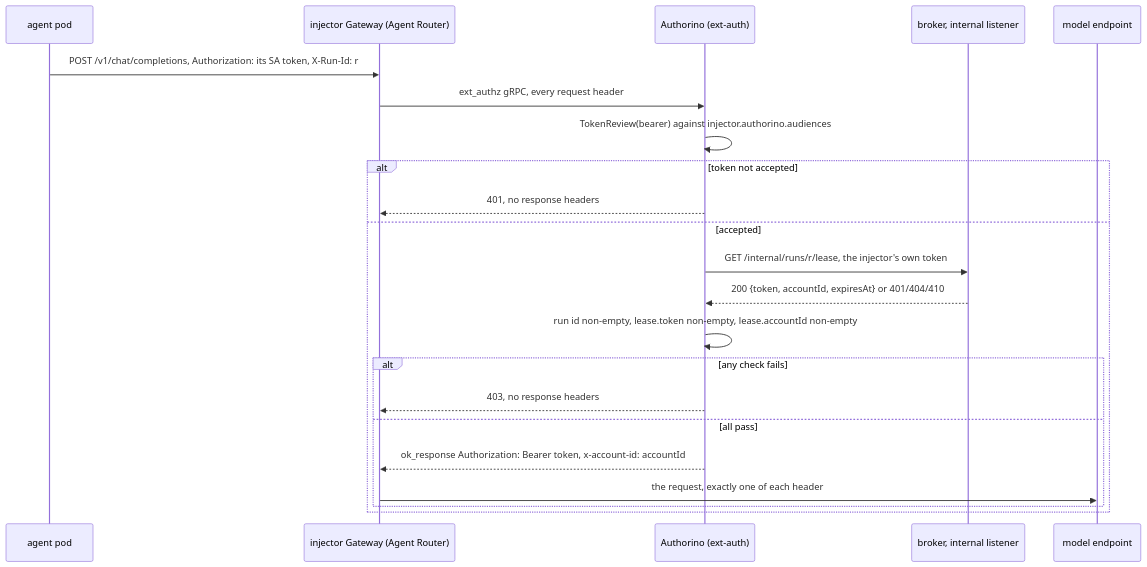
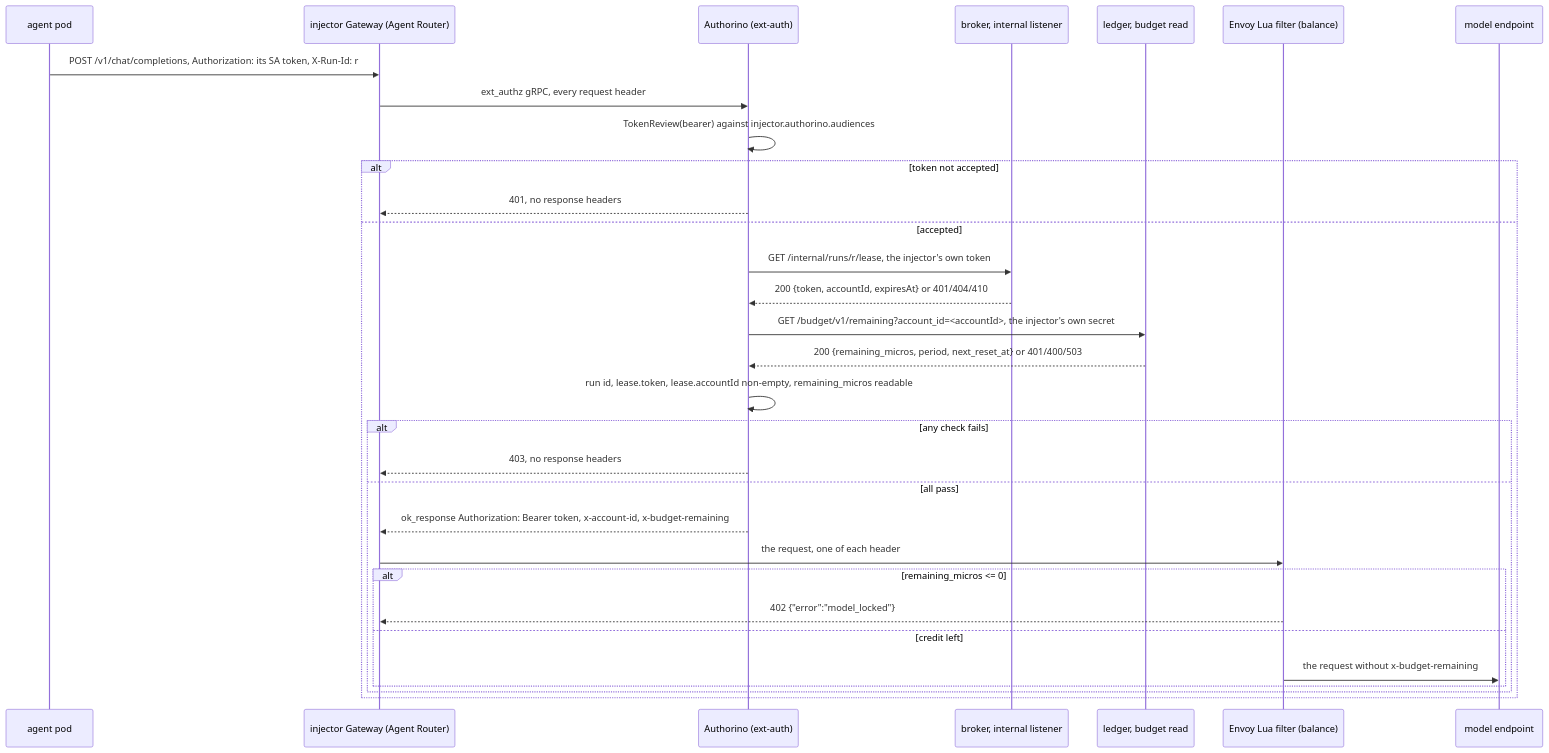
One commit to marcjazz/another-agentic-system changed the diagram in docs/api/model-injector.md. Above: the diagram before and after it, drawn with Mermaid. The commit also changed other lines of this file and 18 other files, not shown here.

First line of the commit message:
feat(injector): read the person's balance at every model call and answer 402 when it is spent (#533)

````diff
--- a/docs/api/model-injector.md
+++ b/docs/api/model-injector.md
@@ -35,24 +45,33 @@
 ```mermaid
 sequenceDiagram
   participant A as agent pod
   participant G as injector Gateway (Agent Router)
   participant Z as Authorino (ext-auth)
   participant B as broker, internal listener
+  participant L as ledger, budget read
+  participant X as Envoy Lua filter (balance)
   participant M as model endpoint
   A->>G: POST /v1/chat/completions, Authorization: its SA token, X-Run-Id: r
   G->>Z: ext_authz gRPC, every request header
   Z->>Z: TokenReview(bearer) against injector.authorino.audiences
   alt token not accepted
     Z-->>G: 401, no response headers
   else accepted
     Z->>B: GET /internal/runs/r/lease, the injector's own token
     B-->>Z: 200 {token, accountId, expiresAt} or 401/404/410
-    Z->>Z: run id non-empty, lease.token non-empty, lease.accountId non-empty
+    Z->>L: GET /budget/v1/remaining?account_id=<accountId>, the injector's own secret
+    L-->>Z: 200 {remaining_micros, period, next_reset_at} or 401/400/503
+    Z->>Z: run id, lease.token, lease.accountId non-empty, remaining_micros readable
     alt any check fails
       Z-->>G: 403, no response headers
     else all pass
-      Z-->>G: ok_response Authorization: Bearer token, x-account-id: accountId
-      G->>M: the request, exactly one of each header
+      Z-->>G: ok_response Authorization: Bearer token, x-account-id, x-budget-remaining
+      G->>X: the request, one of each header
+      alt remaining_micros <= 0
+        X-->>G: 402 {"error":"model_locked"}
+      else credit left
+        X->>M: the request without x-budget-remaining
+      end
     end
   end
 ```
````
